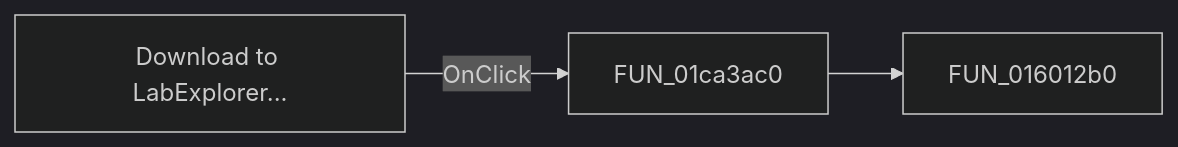
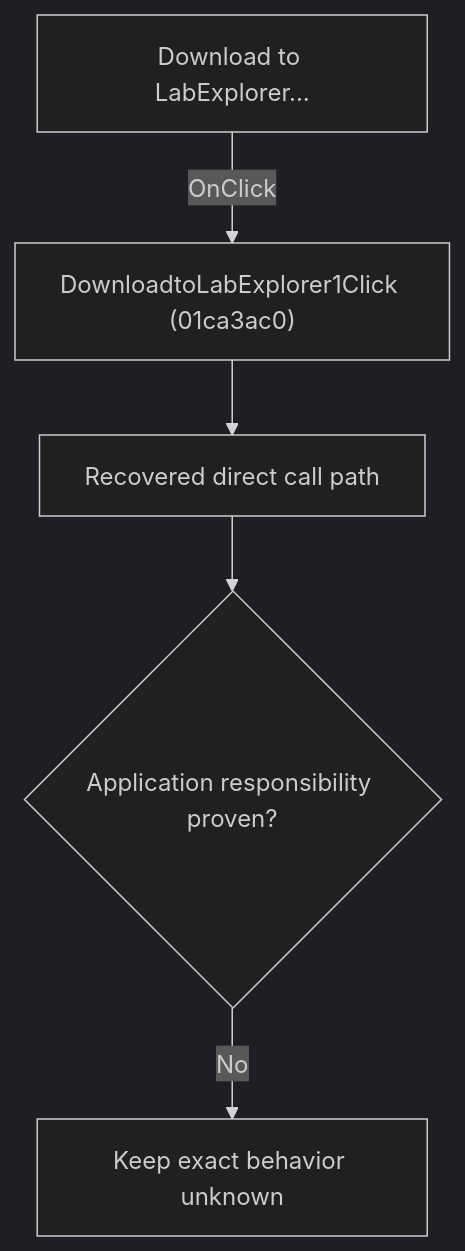
The diagram in docs/ui-controls/schematiceditor/downloadtolabexplorer1-3ab16ae374.md (MovGP0/TIARA), drawn with Mermaid (dark theme) before and after one commit. The commit also changed other lines of this file and 1062 other files, not shown here.

````diff
--- a/docs/ui-controls/schematiceditor/downloadtolabexplorer1-3ab16ae374.md
+++ b/docs/ui-controls/schematiceditor/downloadtolabexplorer1-3ab16ae374.md
@@ -27,5 +27,7 @@
 ```mermaid
-flowchart LR
-    control["Download to LabExplorer..."] -->|OnClick| handler["FUN_01ca3ac0"]
-    handler --> call1["FUN_016012b0"]
+flowchart TD
+    control["Download to LabExplorer..."] -->|"OnClick"| handler["DownloadtoLabExplorer1Click (01ca3ac0)"]
+    handler --> recovered["Recovered direct call path"]
+    recovered --> gap{"Application responsibility proven?"}
+    gap -->|"No"| blocked["Keep exact behavior unknown"]
 ```
````
